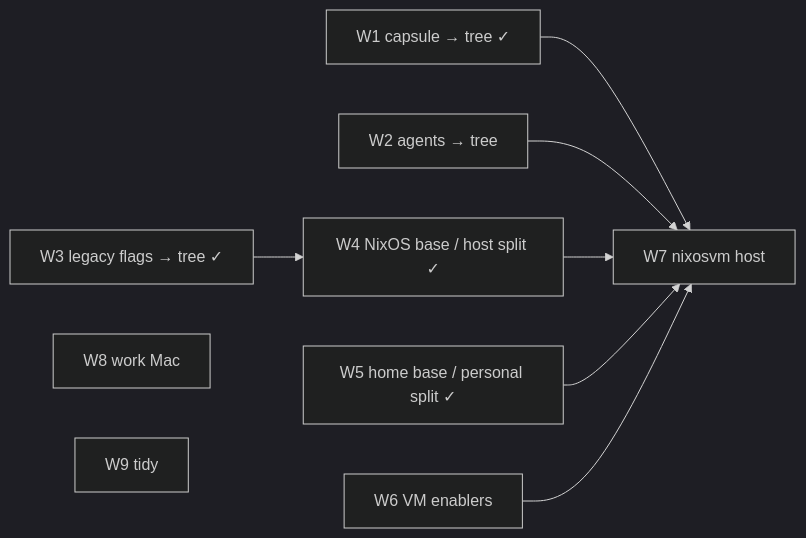
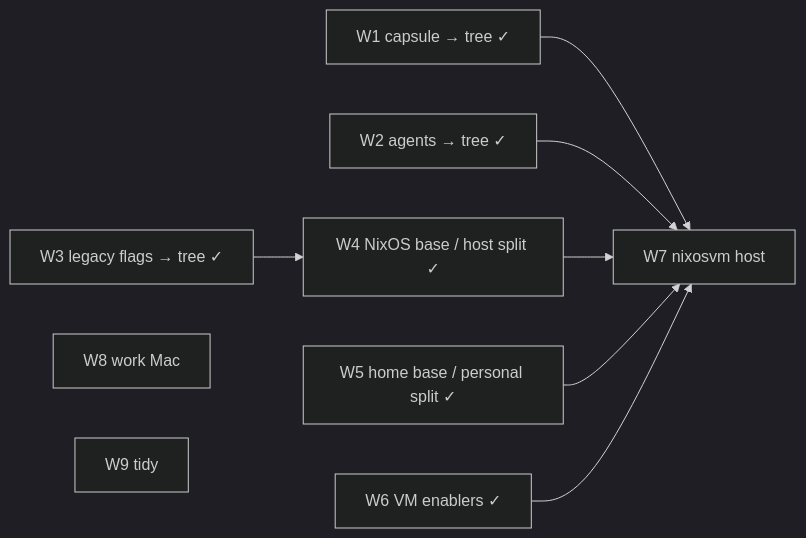
One commit to davidlee/nix-config changed the diagram in flakes/.doctrine/rfc/001/rfc-001.md. Above: the diagram before and after it, drawn with Mermaid (dark theme). The commit also changed other lines of this file and 14 other files, not shown here.

````diff
--- a/flakes/.doctrine/rfc/001/rfc-001.md
+++ b/flakes/.doctrine/rfc/001/rfc-001.md
@@ -165,11 +171,11 @@
 ```mermaid
 graph LR
   W1[W1 capsule → tree ✓] --> W7
-  W2[W2 agents → tree] --> W7
+  W2[W2 agents → tree ✓] --> W7
   W3[W3 legacy flags → tree ✓] --> W4
   W4[W4 NixOS base / host split ✓] --> W7
   W5[W5 home base / personal split ✓] --> W7
-  W6[W6 VM enablers] --> W7[W7 nixosvm host]
+  W6[W6 VM enablers ✓] --> W7[W7 nixosvm host]
   W8[W8 work Mac]
   W9[W9 tidy]
 ```
````
